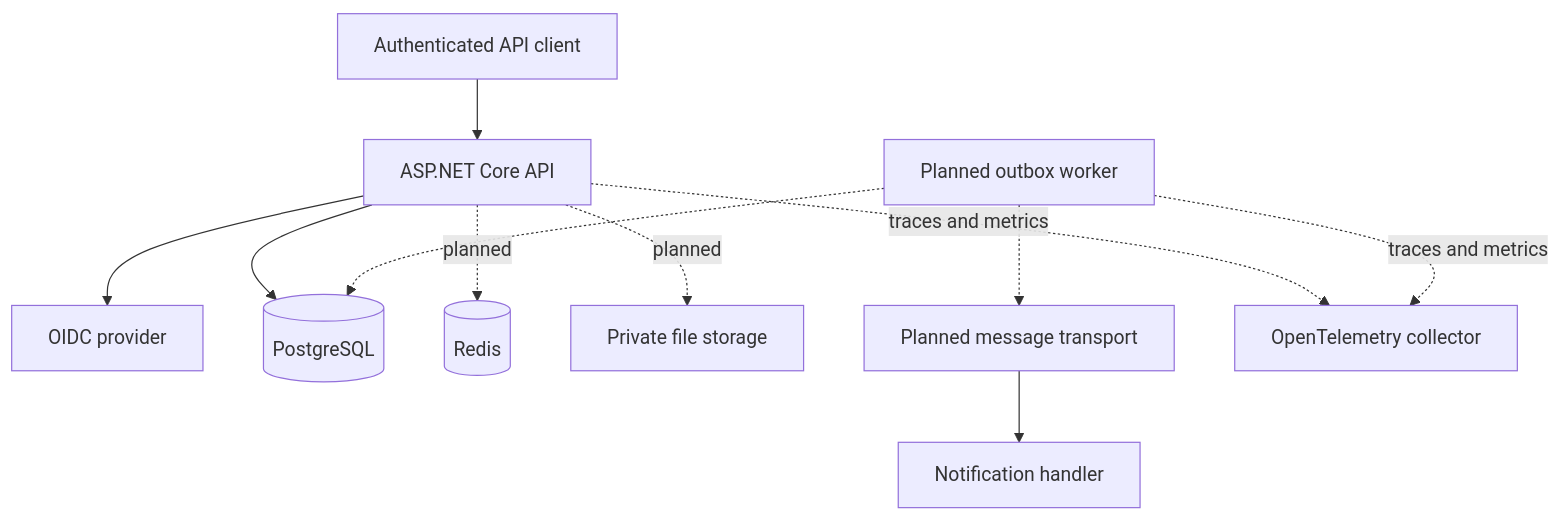
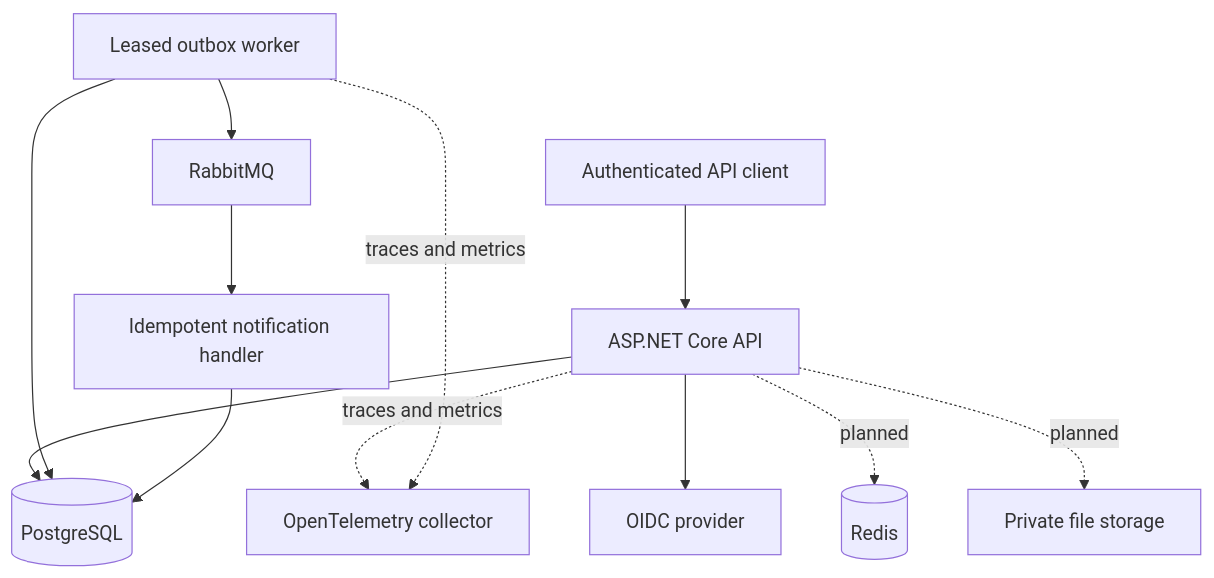
One commit to adnanjalloh/WorkOps.Platform changed the first of 4 diagrams in docs/architecture.md. Above: the diagram before and after it, drawn with Mermaid. The commit also changed other lines of this file and 8 other files, not shown here.

````diff
--- a/docs/architecture.md
+++ b/docs/architecture.md
@@ -24,13 +24,14 @@
 ```mermaid
 flowchart TB
     User["Authenticated API client"] --> Api["ASP.NET Core API"]
     Api --> Oidc["OIDC provider"]
     Api --> Db[("PostgreSQL")]
     Api -. planned .-> Cache[("Redis")]
     Api -. planned .-> Files["Private file storage"]
-    Worker["Planned outbox worker"] -.-> Db
-    Worker -.-> Broker["Planned message transport"]
-    Broker --> Notifications["Notification handler"]
+    Worker["Leased outbox worker"] --> Db
+    Worker --> Broker["RabbitMQ"]
+    Broker --> Notifications["Idempotent notification handler"]
+    Notifications --> Db
     Api -. traces and metrics .-> Telemetry["OpenTelemetry collector"]
     Worker -. traces and metrics .-> Telemetry
 ```
````
